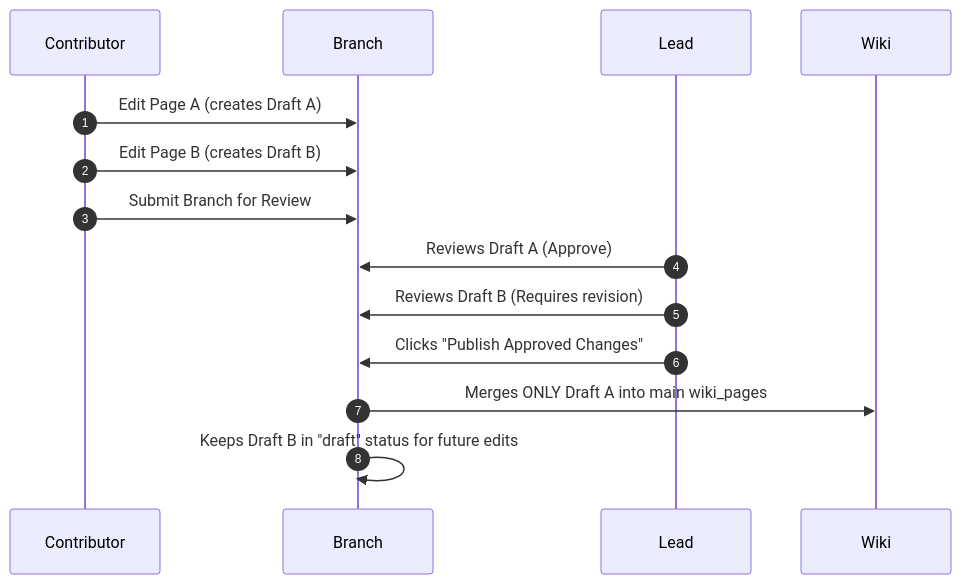
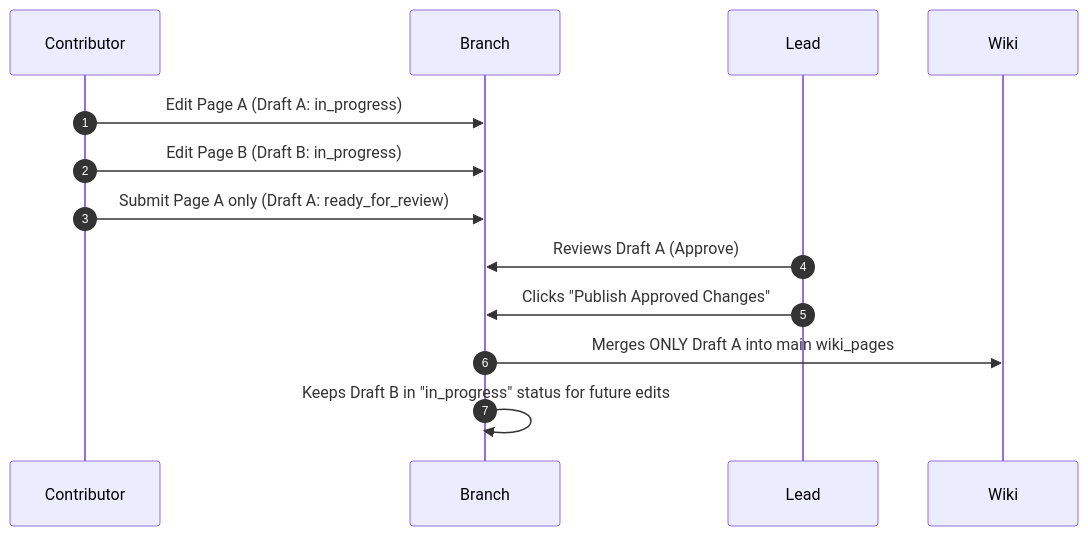
The diagram in docs/refactor_plans/modular_architecture_v2.md (nduckmink/arkon), drawn with Mermaid before and after one commit. The commit also changed other lines of this file, not shown here.

````diff
--- a/docs/refactor_plans/modular_architecture_v2.md
+++ b/docs/refactor_plans/modular_architecture_v2.md
@@ -64,12 +74,11 @@
 ```mermaid
 sequenceDiagram
     autonumber
-    Contributor ->> Branch: Edit Page A (creates Draft A)
-    Contributor ->> Branch: Edit Page B (creates Draft B)
-    Contributor ->> Branch: Submit Branch for Review
+    Contributor ->> Branch: Edit Page A (Draft A: in_progress)
+    Contributor ->> Branch: Edit Page B (Draft B: in_progress)
+    Contributor ->> Branch: Submit Page A only (Draft A: ready_for_review)
     Lead ->> Branch: Reviews Draft A (Approve)
-    Lead ->> Branch: Reviews Draft B (Requires revision)
     Lead ->> Branch: Clicks "Publish Approved Changes"
     Branch ->> Wiki: Merges ONLY Draft A into main wiki_pages
-    Branch ->> Branch: Keeps Draft B in "draft" status for future edits
+    Branch ->> Branch: Keeps Draft B in "in_progress" status for future edits
 ```
````
